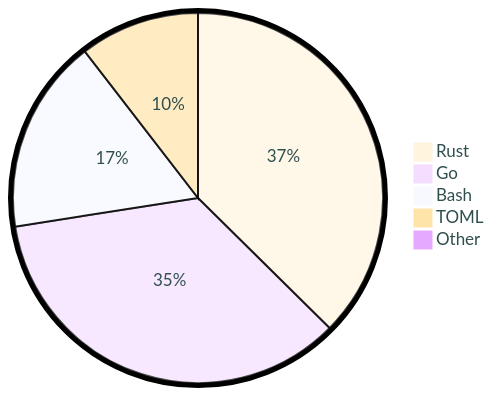
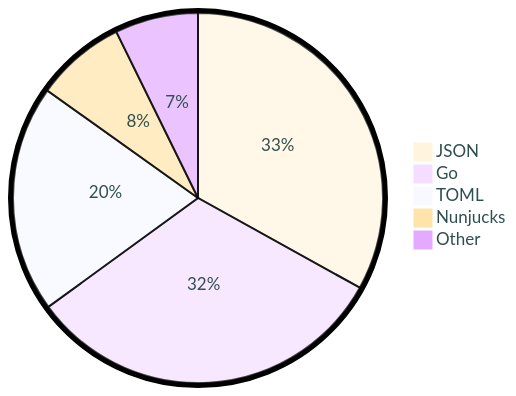
The diagram in README.md (tot0p/tot0p), drawn with Mermaid before and after one commit. The commit also changed other lines of this file, not shown here.

````diff
--- a/README.md
+++ b/README.md
@@ -123,9 +125,9 @@
 ```mermaid
 %%{init: {"pie": {"textPosition": 0.5}, "themeVariables": {"pieOuterStrokeWidth": "5px","primaryTextColor" : "#2F4F4F"},"theme":"base"} }%%
 pie
-	"Rust": 37.07
-	"Go": 34.8
-	"Bash": 16.86
-	"TOML": 10.37
-	"Other": 0.8999999999999999
+	"JSON": 33.06
+	"Go": 31.93
+	"TOML": 19.87
+	"Nunjucks": 7.87
+	"Other": 7.2700000000000005
 ```
````
